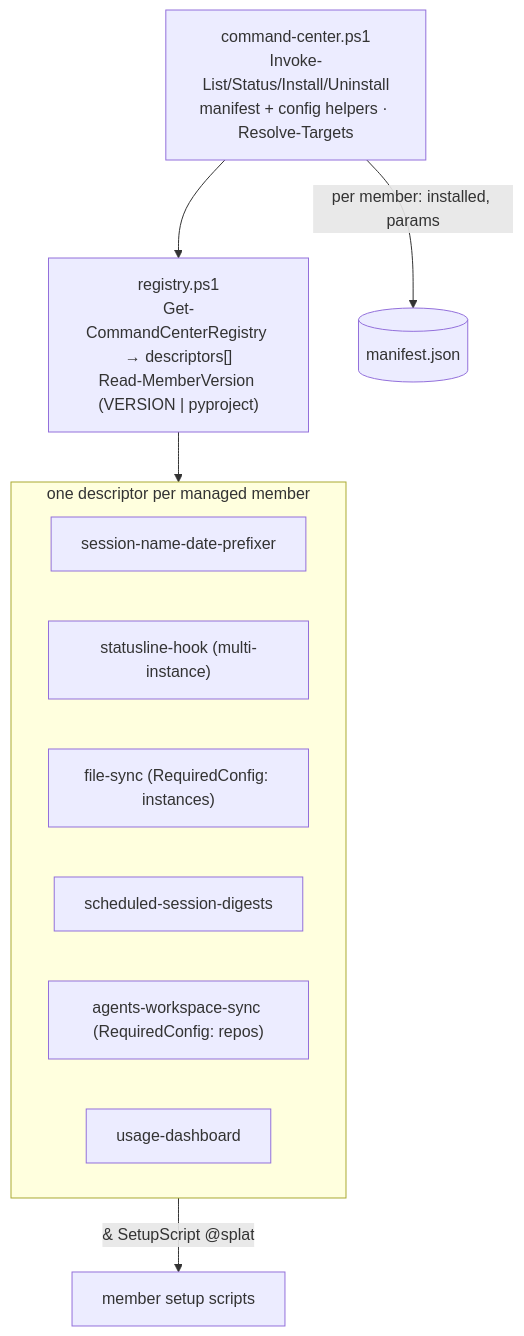
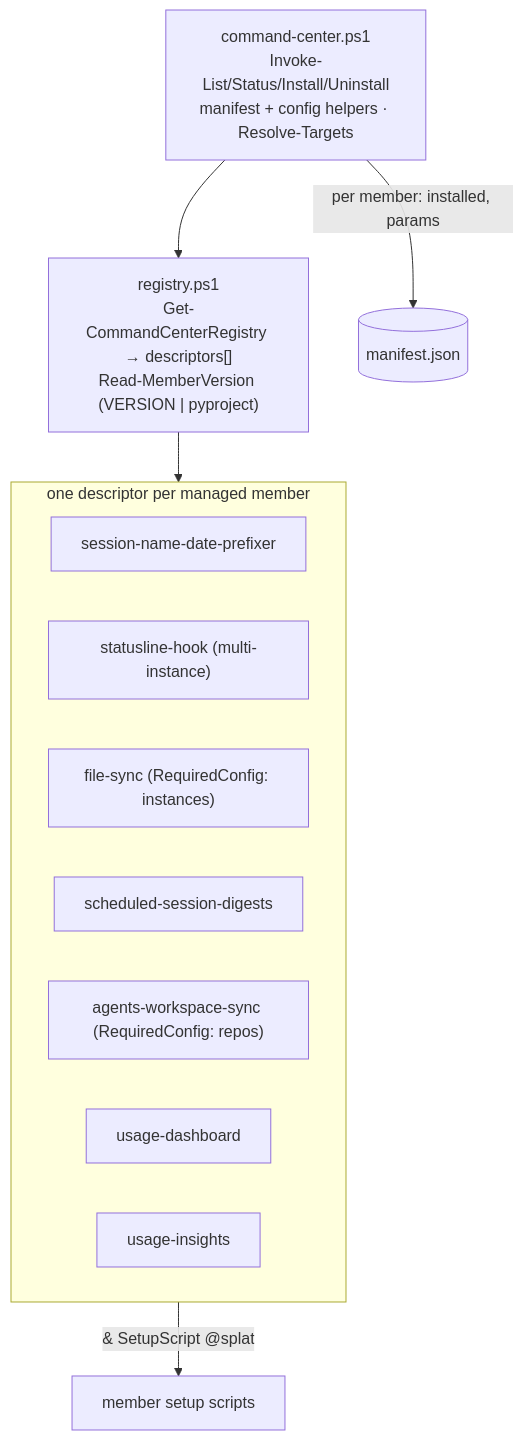
One commit to cheneeheng/claude-code-command-center changed the second of 4 diagrams in setup/product/ARCHITECTURE.md. Above: the diagram before and after it, drawn with Mermaid. The commit also changed other lines of this file and 19 other files, not shown here.

First line of the commit message:
feat(usage-insights): add setup scripts, web CI, docs, and setup/ entry

````diff
--- a/setup/product/ARCHITECTURE.md
+++ b/setup/product/ARCHITECTURE.md
@@ -29,16 +29,17 @@
 ```mermaid
 flowchart TD
     cli["command-center.ps1<br/>Invoke-List/Status/Install/Uninstall<br/>manifest + config helpers · Resolve-Targets"]
     registry["registry.ps1<br/>Get-CommandCenterRegistry → descriptors[]<br/>Read-MemberVersion (VERSION | pyproject)"]
     subgraph descriptors["one descriptor per managed member"]
         d1["session-name-date-prefixer"]
         d2["statusline-hook (multi-instance)"]
         d3["file-sync (RequiredConfig: instances)"]
         d4["scheduled-session-digests"]
         d5["agents-workspace-sync (RequiredConfig: repos)"]
         d6["usage-dashboard"]
+        d7["usage-insights"]
     end
     cli --> registry --> descriptors
     descriptors -->|"& SetupScript @splat"| member["member setup scripts"]
     cli -->|"per member: installed, params"| manifest[("manifest.json")]
 ```
````
